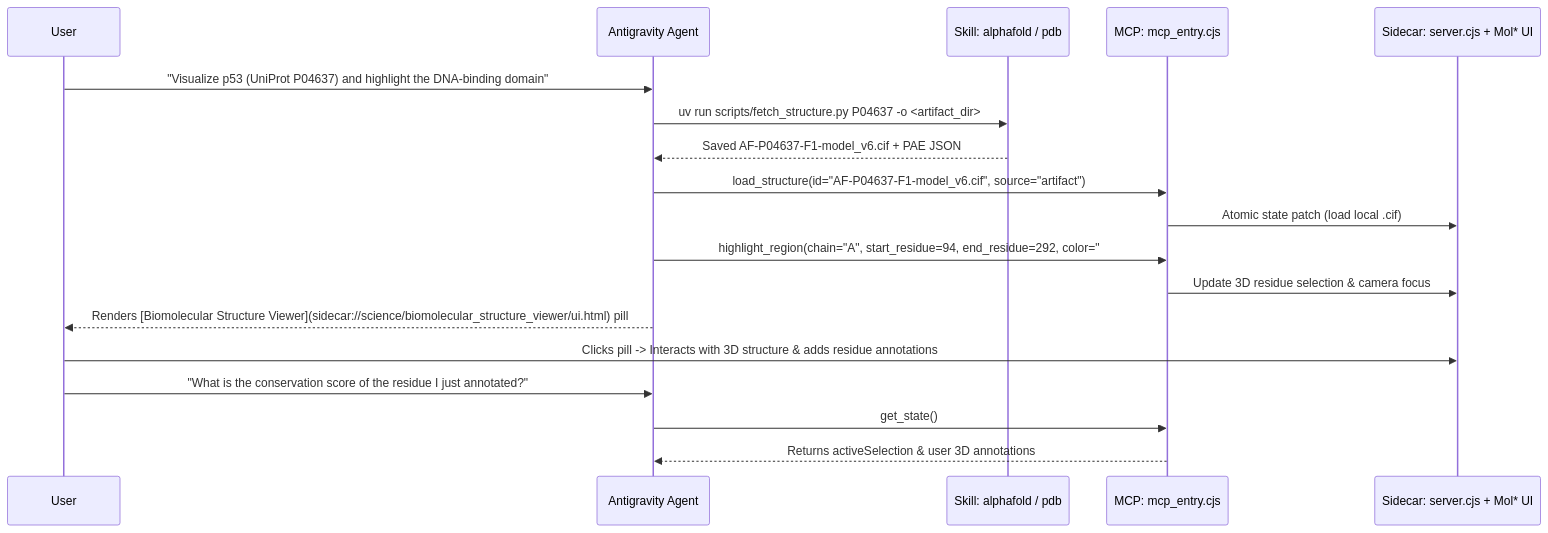
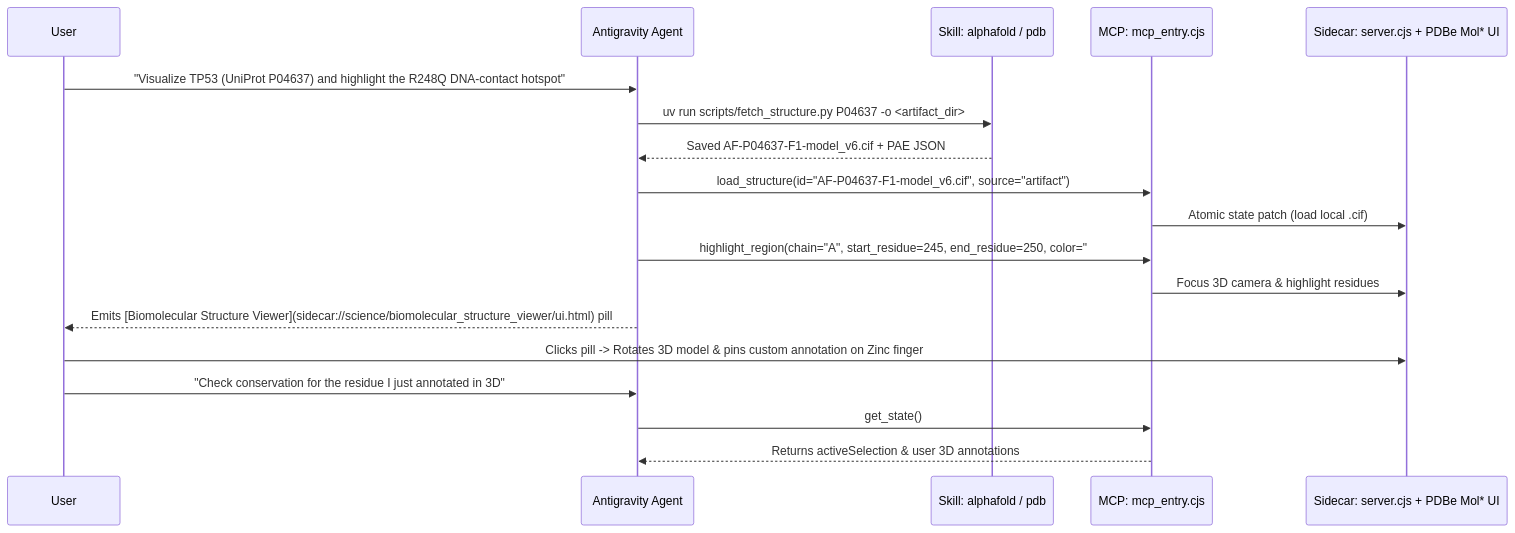
Before and after one commit to RobinaMirbahar/antigravity-science-plugin-cookbook: the second of 2 diagrams in DEVTO_ANTIGRAVITY_SCIENCE_PLUGIN_GUIDE.md, drawn with Mermaid. The commit also changed other lines of this file and 6 other files, not shown here.

````diff
--- a/DEVTO_ANTIGRAVITY_SCIENCE_PLUGIN_GUIDE.md
+++ b/DEVTO_ANTIGRAVITY_SCIENCE_PLUGIN_GUIDE.md
@@ -284,21 +242,21 @@
 ```mermaid
 sequenceDiagram
     participant User
     participant Agent as Antigravity Agent
     participant AF as Skill: alphafold / pdb
     participant MCP as MCP: mcp_entry.cjs
-    participant Sidecar as Sidecar: server.cjs + Mol* UI
+    participant Sidecar as Sidecar: server.cjs + PDBe Mol* UI
 
-    User->>Agent: "Visualize p53 (UniProt P04637) and highlight the DNA-binding domain"
+    User->>Agent: "Visualize TP53 (UniProt P04637) and highlight the R248Q DNA-contact hotspot"
     Agent->>AF: uv run scripts/fetch_structure.py P04637 -o <artifact_dir>
     AF-->>Agent: Saved AF-P04637-F1-model_v6.cif + PAE JSON
     Agent->>MCP: load_structure(id="AF-P04637-F1-model_v6.cif", source="artifact")
     MCP->>Sidecar: Atomic state patch (load local .cif)
-    Agent->>MCP: highlight_region(chain="A", start_residue=94, end_residue=292, color="#FF4B4B")
-    MCP->>Sidecar: Update 3D residue selection & camera focus
-    Agent-->>User: Renders [Biomolecular Structure Viewer](sidecar://science/biomolecular_structure_viewer/ui.html) pill
-    User->>Sidecar: Clicks pill -> Interacts with 3D structure & adds residue annotations
-    User->>Agent: "What is the conservation score of the residue I just annotated?"
+    Agent->>MCP: highlight_region(chain="A", start_residue=245, end_residue=250, color="#FF1744")
+    MCP->>Sidecar: Focus 3D camera & highlight residues
+    Agent-->>User: Emits [Biomolecular Structure Viewer](sidecar://science/biomolecular_structure_viewer/ui.html) pill
+    User->>Sidecar: Clicks pill -> Rotates 3D model & pins custom annotation on Zinc finger
+    User->>Agent: "Check conservation for the residue I just annotated in 3D"
     Agent->>MCP: get_state()
     MCP-->>Agent: Returns activeSelection & user 3D annotations
 ```
````
